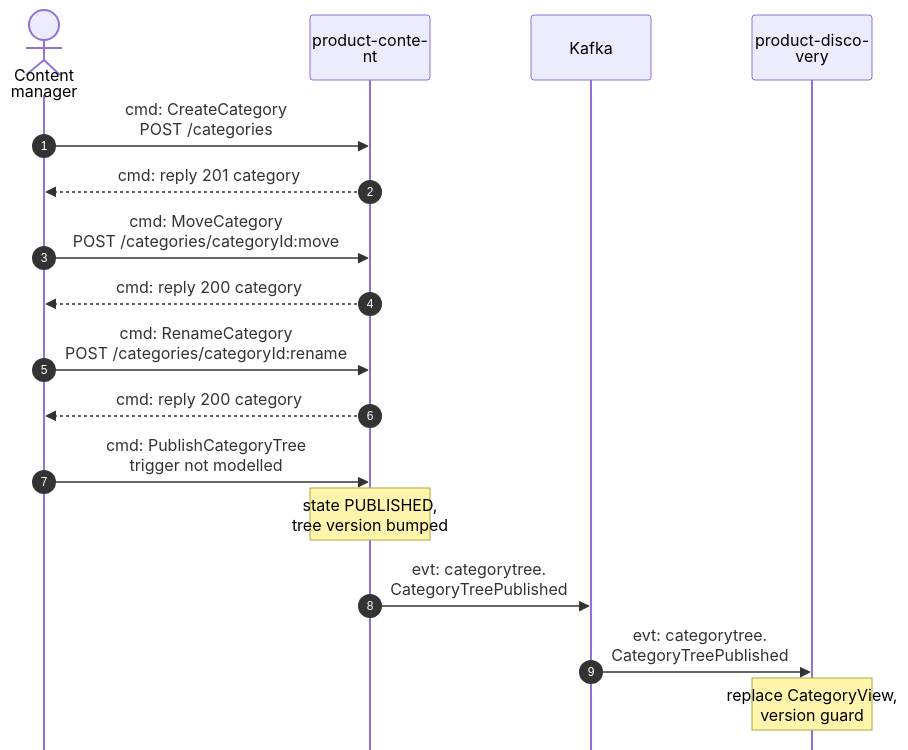
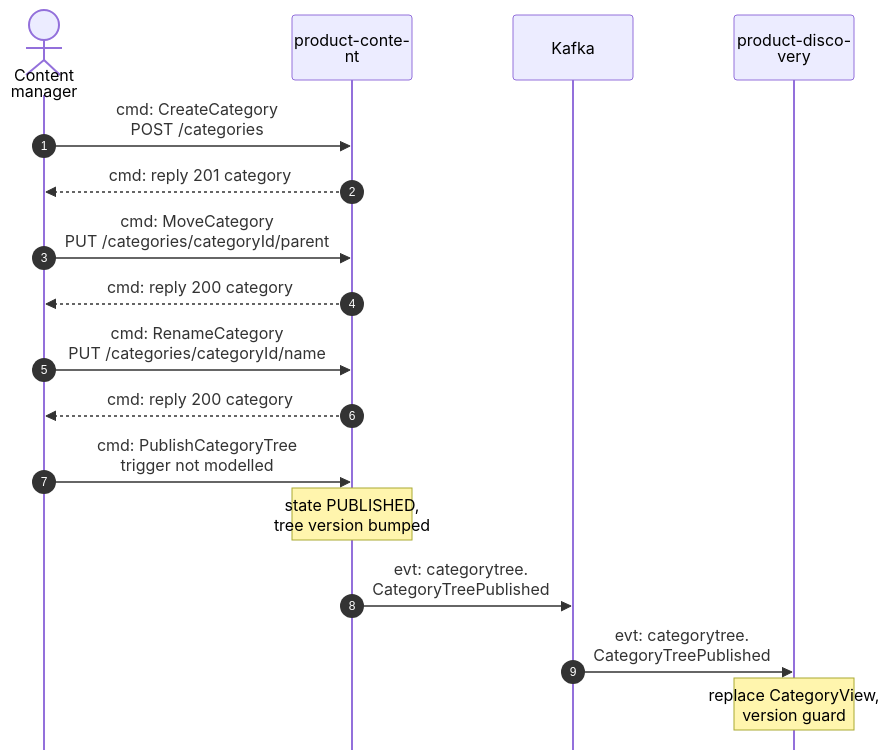
Before and after one commit to IQVO/warehouse-docs: the third of 5 diagrams in storefront/docs/contexts/product-content/domain-message-flow.md, drawn with Mermaid. The commit also changed other lines of this file and 272 other files, not shown here.

````diff
--- a/storefront/docs/contexts/product-content/domain-message-flow.md
+++ b/storefront/docs/contexts/product-content/domain-message-flow.md
@@ -83,20 +83,20 @@
 ```mermaid
 %%{init: {"sequence": {"wrap": true, "width": 120, "actorMargin": 24, "messageMargin": 28, "boxMargin": 6, "noteMargin": 6, "mirrorActors": false}}}%%
 sequenceDiagram
     autonumber
     actor CM as Content manager
     participant PC as product-content
     participant K as Kafka
     participant PD as product-discovery
     CM->>PC: cmd: CreateCategory<br/>POST /categories
     PC-->>CM: cmd: reply 201 category
-    CM->>PC: cmd: MoveCategory<br/>POST /categories/categoryId:move
+    CM->>PC: cmd: MoveCategory<br/>PUT /categories/categoryId/parent
     PC-->>CM: cmd: reply 200 category
-    CM->>PC: cmd: RenameCategory<br/>POST /categories/categoryId:rename
+    CM->>PC: cmd: RenameCategory<br/>PUT /categories/categoryId/name
     PC-->>CM: cmd: reply 200 category
     CM->>PC: cmd: PublishCategoryTree<br/>trigger not modelled
     Note over PC: state PUBLISHED,<br/>tree version bumped
     PC->>K: evt: categorytree.<br/>CategoryTreePublished
     K->>PD: evt: categorytree.<br/>CategoryTreePublished
     Note over PD: replace CategoryView,<br/>version guard
 ```
````
